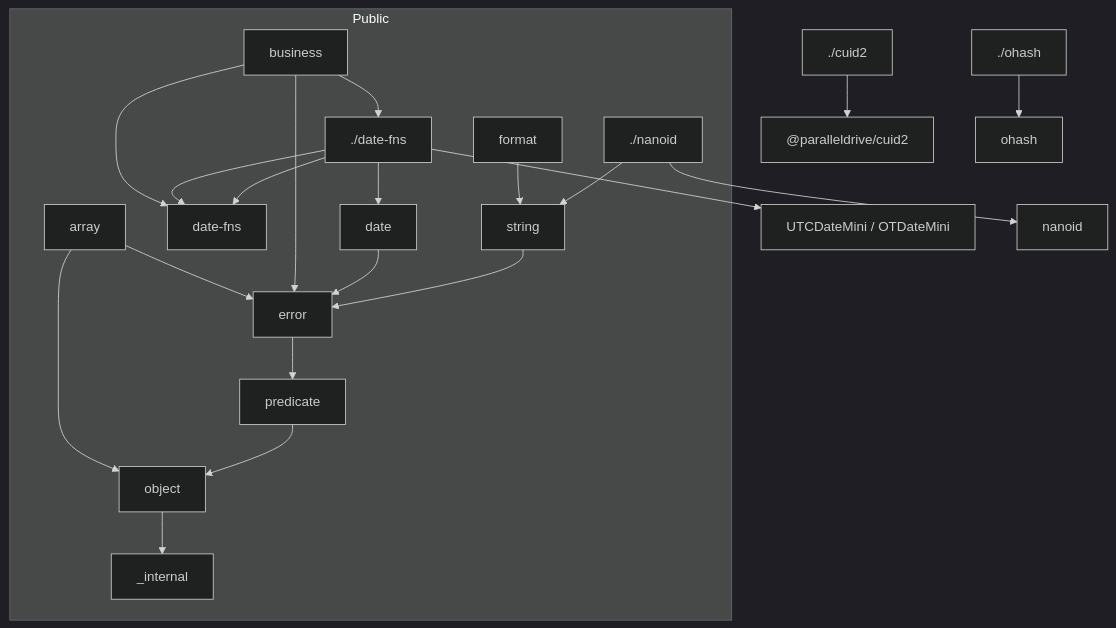
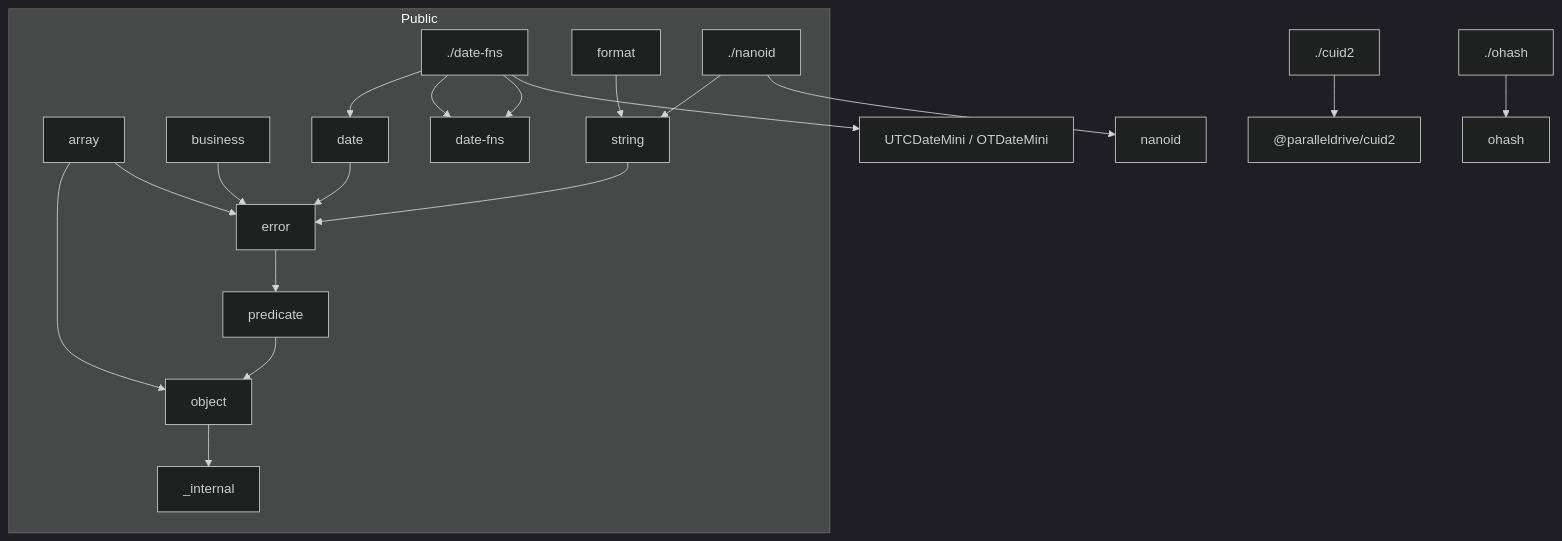
Before and after one commit to bingtsingw/xstools-open: the diagram in .agents/docs/architecture.md, drawn with Mermaid (dark theme). The commit also changed other lines of this file and 7 other files, not shown here.

````diff
--- a/.agents/docs/architecture.md
+++ b/.agents/docs/architecture.md
@@ -62,25 +62,23 @@
 ```mermaid
 flowchart TB
   subgraph public [Public]
     array --> object
     array --> error
     business --> error
-    business --> datefns
-    business --> date_fns_exp
     date --> error
     date_fns_exp --> date
     date_fns_exp --> datefns
     string --> error
     format --> string
     error --> predicate
     predicate --> object
     object --> internal["_internal"]
     nanoid_exp["./nanoid"] --> string
   end
 
   cuid2_exp["./cuid2"] --> cuid2lib["@paralleldrive/cuid2"]
   date_fns_exp["./date-fns"] --> datefns["date-fns"]
   date_fns_exp --> mini["UTCDateMini / OTDateMini"]
   nanoid_exp --> nanoidlib[nanoid]
   ohash_exp["./ohash"] --> ohashlib[ohash]
 ```
````
